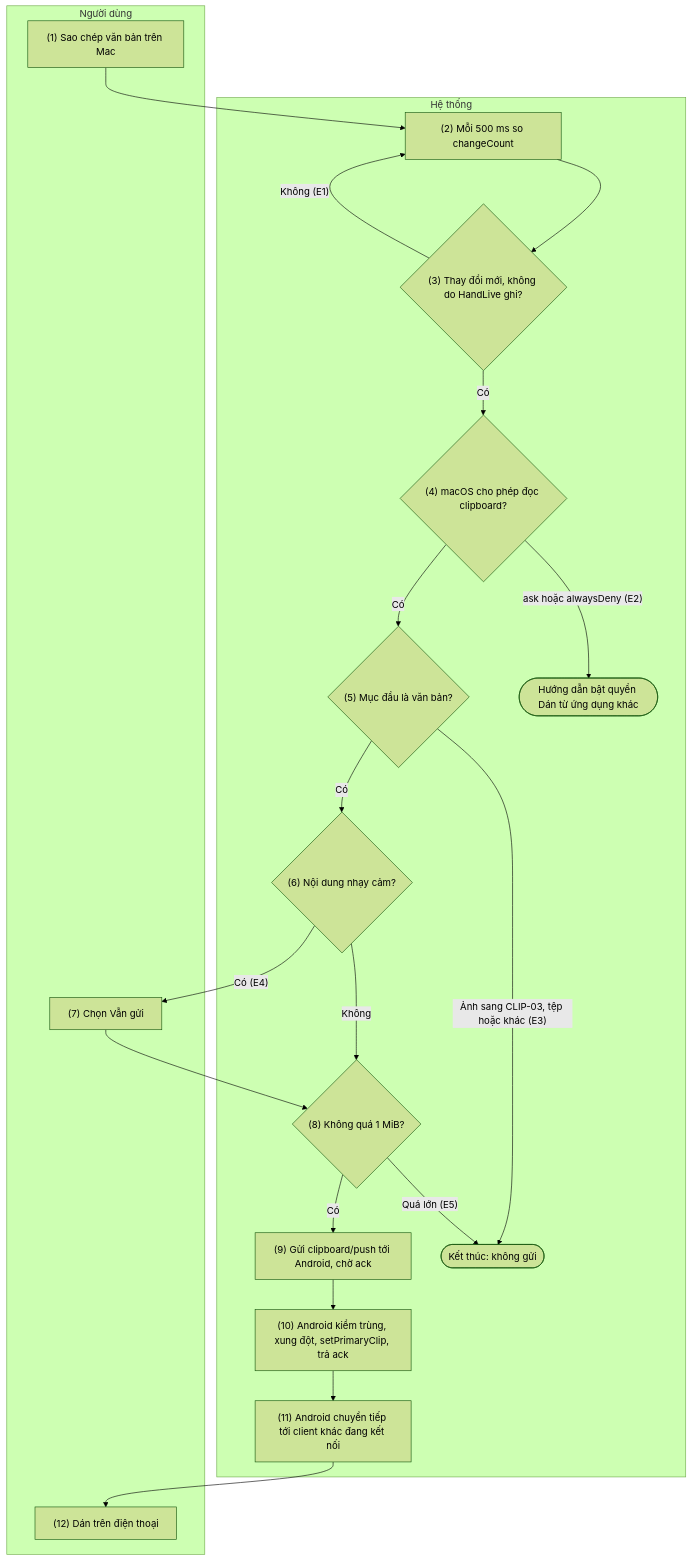
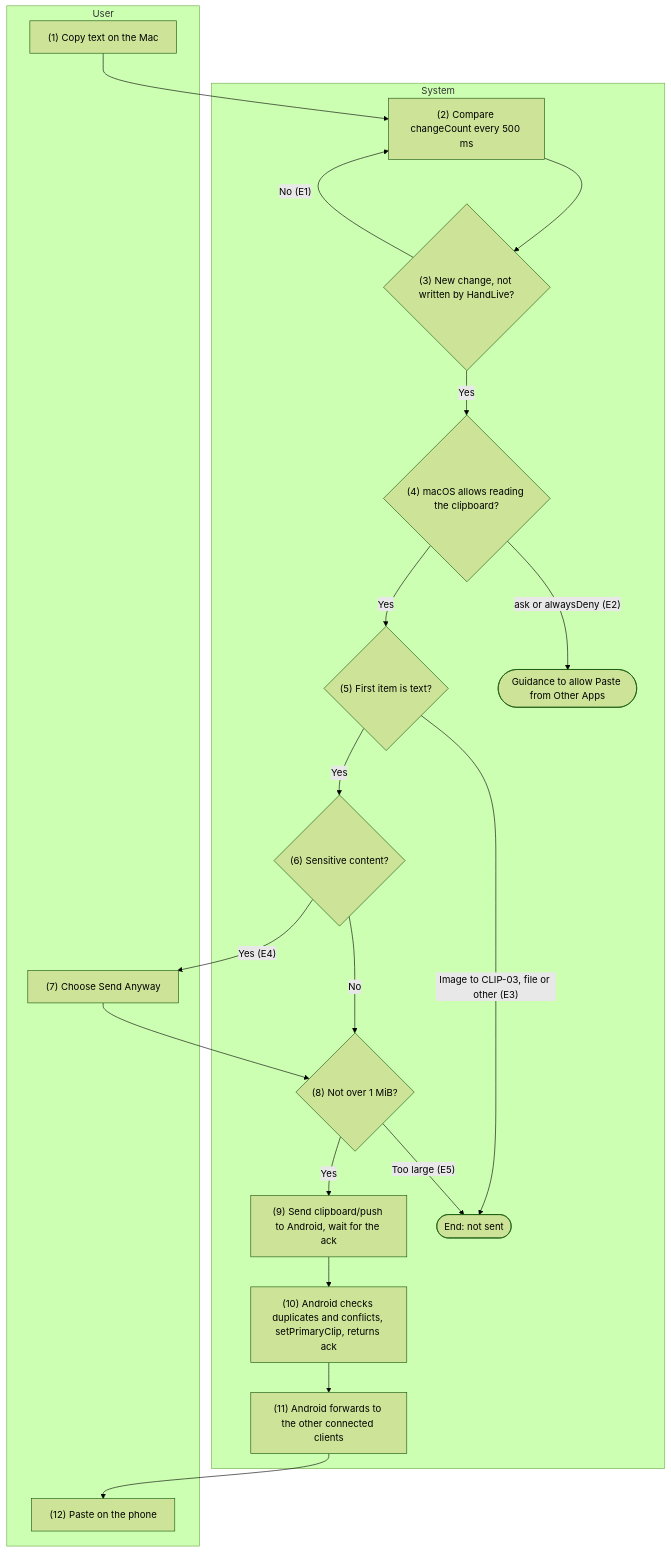
One commit to HandLive/handlive changed the second of 5 diagrams in docs/detailed-design/04-clipboard.md. Above: the diagram before and after it, drawn with Mermaid (forest theme). The commit also changed other lines of this file and 1 other file, not shown here.

Commit message:
docs: translate docs/detailed-design/04-clipboard.md into English

````diff
--- a/docs/detailed-design/04-clipboard.md
+++ b/docs/detailed-design/04-clipboard.md
@@ -541,34 +554,34 @@
 ```mermaid
 flowchart TB
-  subgraph ND["Người dùng"]
-    U1["(1) Sao chép văn bản trên Mac"]
-    U7["(7) Chọn Vẫn gửi"]
-    U12["(12) Dán trên điện thoại"]
+  subgraph ND["User"]
+    U1["(1) Copy text on the Mac"]
+    U7["(7) Choose Send Anyway"]
+    U12["(12) Paste on the phone"]
   end
-  subgraph HT["Hệ thống"]
-    S2["(2) Mỗi 500 ms so changeCount"]
-    D3{"(3) Thay đổi mới, không do HandLive ghi?"}
-    D4{"(4) macOS cho phép đọc clipboard?"}
-    D5{"(5) Mục đầu là văn bản?"}
-    D6{"(6) Nội dung nhạy cảm?"}
-    D8{"(8) Không quá 1 MiB?"}
-    S9["(9) Gửi clipboard/push tới Android, chờ ack"]
-    S10["(10) Android kiểm trùng, xung đột, setPrimaryClip, trả ack"]
-    S11["(11) Android chuyển tiếp tới client khác đang kết nối"]
-    X1(["Kết thúc: không gửi"])
-    X2(["Hướng dẫn bật quyền Dán từ ứng dụng khác"])
+  subgraph HT["System"]
+    S2["(2) Compare changeCount every 500 ms"]
+    D3{"(3) New change, not written by HandLive?"}
+    D4{"(4) macOS allows reading the clipboard?"}
+    D5{"(5) First item is text?"}
+    D6{"(6) Sensitive content?"}
+    D8{"(8) Not over 1 MiB?"}
+    S9["(9) Send clipboard/push to Android, wait for the ack"]
+    S10["(10) Android checks duplicates and conflicts, setPrimaryClip, returns ack"]
+    S11["(11) Android forwards to the other connected clients"]
+    X1(["End: not sent"])
+    X2(["Guidance to allow Paste from Other Apps"])
   end
   U1 --> S2 --> D3
-  D3 -- "Không (E1)" --> S2
-  D3 -- "Có" --> D4
-  D4 -- "ask hoặc alwaysDeny (E2)" --> X2
-  D4 -- "Có" --> D5
-  D5 -- "Ảnh sang CLIP-03, tệp hoặc khác (E3)" --> X1
-  D5 -- "Có" --> D6
-  D6 -- "Có (E4)" --> U7
-  D6 -- "Không" --> D8
+  D3 -- "No (E1)" --> S2
+  D3 -- "Yes" --> D4
+  D4 -- "ask or alwaysDeny (E2)" --> X2
+  D4 -- "Yes" --> D5
+  D5 -- "Image to CLIP-03, file or other (E3)" --> X1
+  D5 -- "Yes" --> D6
+  D6 -- "Yes (E4)" --> U7
+  D6 -- "No" --> D8
   U7 --> D8
-  D8 -- "Quá lớn (E5)" --> X1
-  D8 -- "Có" --> S9
+  D8 -- "Too large (E5)" --> X1
+  D8 -- "Yes" --> S9
   S9 --> S10 --> S11 --> U12
 ```
````
